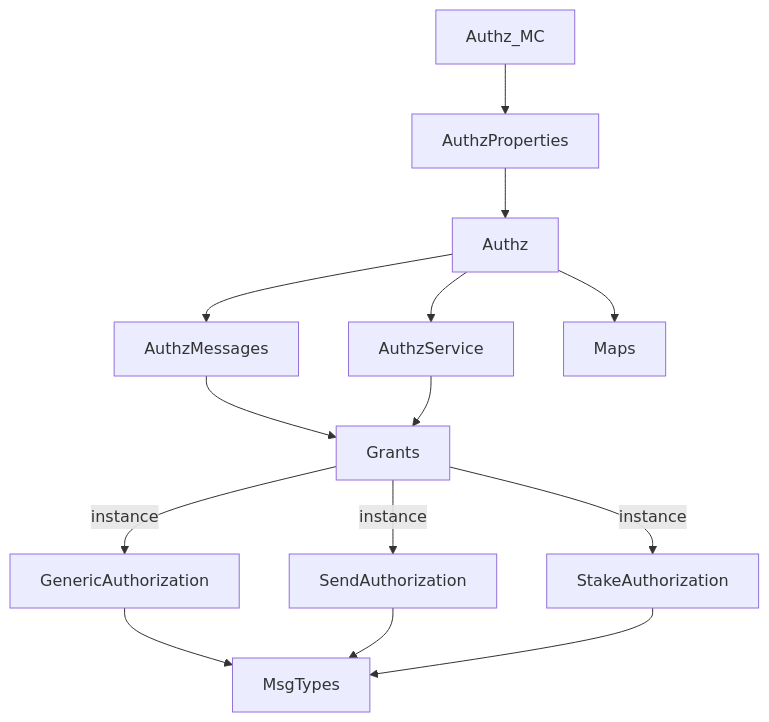
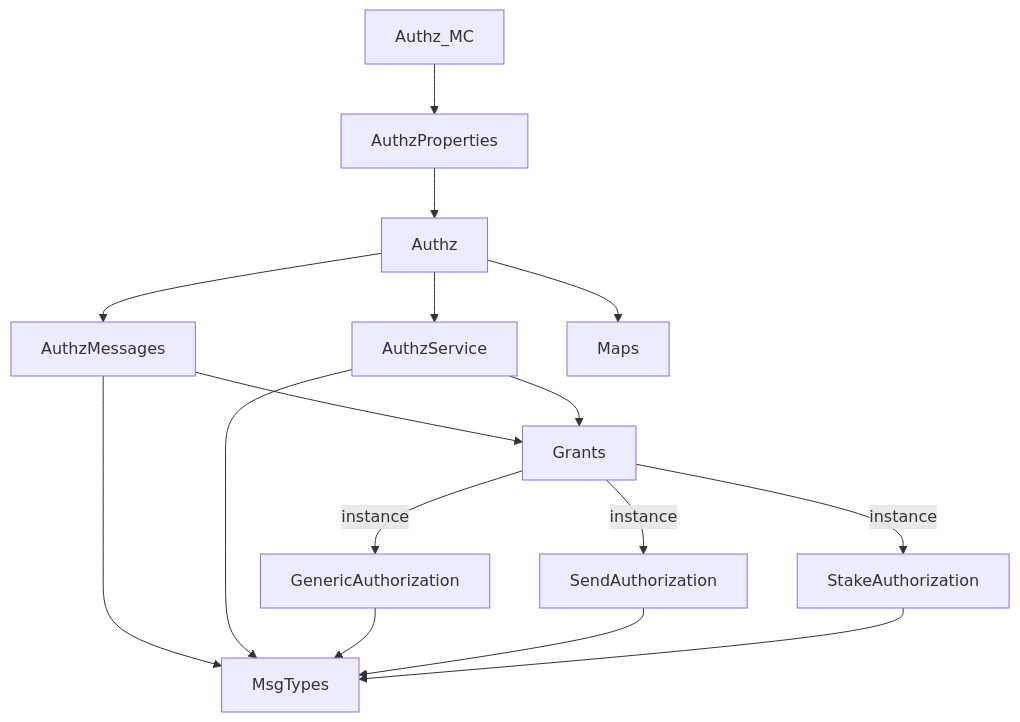
The diagram in models/authz/docs/module_dependencies.md (informalsystems/atomkraft-cosmos), drawn with Mermaid before and after one commit. The commit also changed 10 other files, not shown here.

````diff
--- a/models/authz/docs/module_dependencies.md
+++ b/models/authz/docs/module_dependencies.md
@@ -3,6 +3,7 @@
 ```mermaid
 flowchart TB
-    Authz_MC --> AuthzProperties --> Authz --> AuthzMessages --> Grants
+    Authz_MC --> AuthzProperties --> Authz --> AuthzMessages --> Grants & MsgTypes
     Authz --> AuthzService & Maps
+    AuthzService --> MsgTypes
     AuthzService --> Grants -->|instance| GenericAuthorization & SendAuthorization & StakeAuthorization --> MsgTypes
 ```
````
